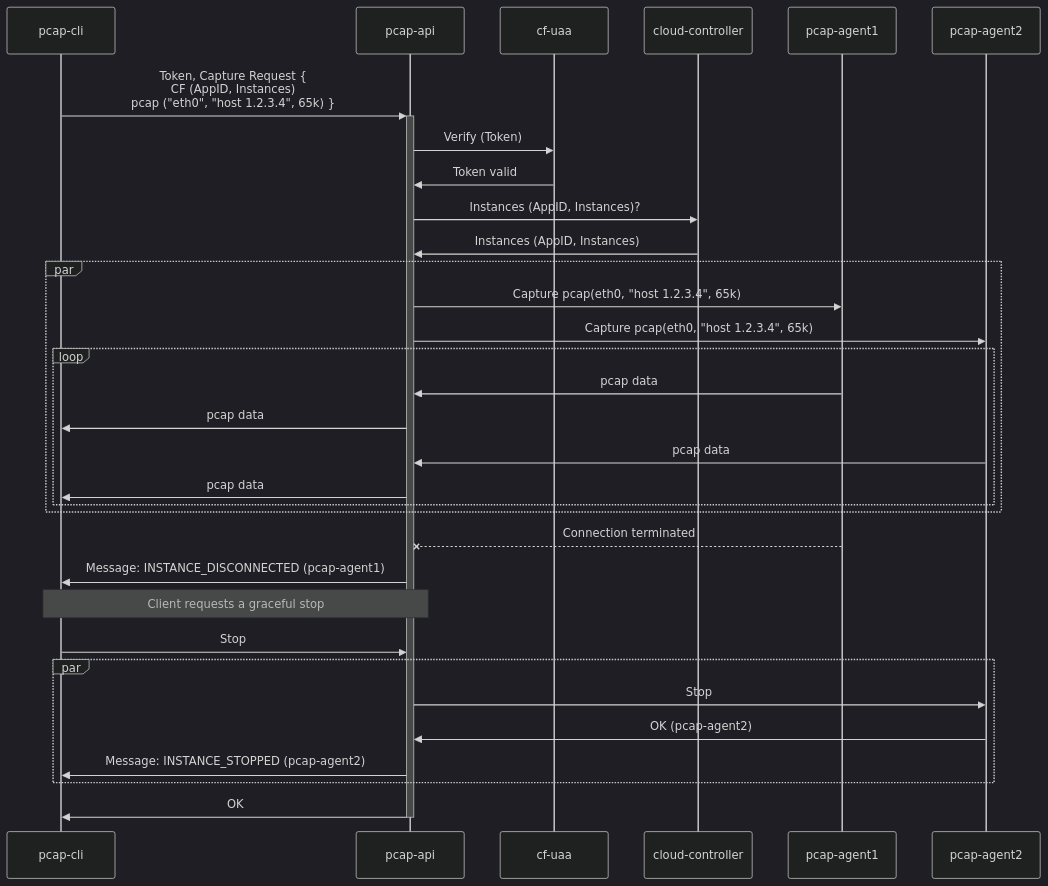
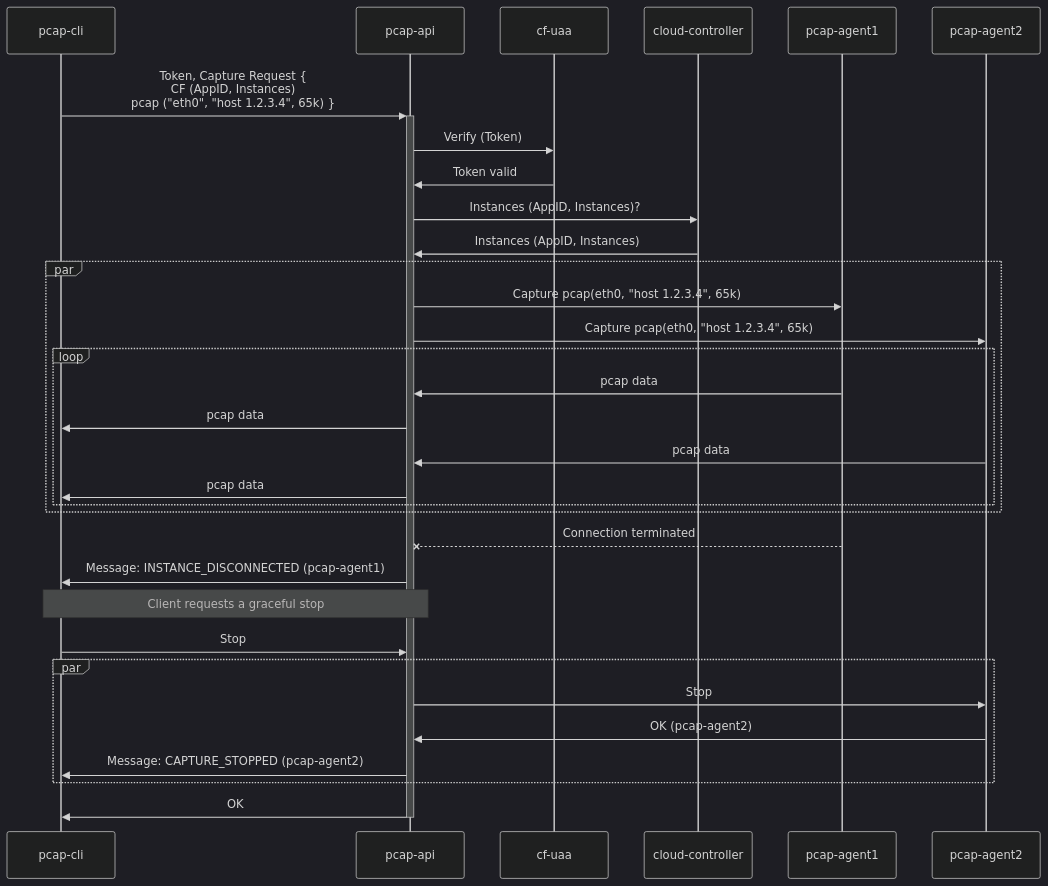
The ninth of 21 diagrams in docs/api-communication-spec.md (cloudfoundry/pcap-release), drawn with Mermaid (dark theme) before and after one commit. The commit also changed other lines of this file, not shown here.

Commit message:
docs(api): Rename `INSTANCE_STOPPED` to `CAPTURE_STOPPED`

````diff
--- a/docs/api-communication-spec.md
+++ b/docs/api-communication-spec.md
@@ -517,30 +515,30 @@
 ```mermaid
 sequenceDiagram
     pcap-cli ->>+ pcap-api: Token, Capture Request {<br/>CF (AppID, Instances)<br/>pcap ("eth0", "host 1.2.3.4", 65k) }
     pcap-api ->> cf-uaa: Verify (Token)
     cf-uaa ->> pcap-api: Token valid
     pcap-api ->> cloud-controller: Instances (AppID, Instances)?
     cloud-controller ->> pcap-api: Instances (AppID, Instances)
     par
         pcap-api ->> pcap-agent1: Capture pcap(eth0, "host 1.2.3.4", 65k)
         pcap-api ->> pcap-agent2: Capture pcap(eth0, "host 1.2.3.4", 65k)
         loop
             pcap-agent1 ->> pcap-api: pcap data
             pcap-api ->> pcap-cli: pcap data
             pcap-agent2 ->> pcap-api: pcap data
             pcap-api ->> pcap-cli: pcap data
         end
     end
     pcap-agent1 --X pcap-api: Connection terminated
     pcap-api ->> pcap-cli: Message: INSTANCE_DISCONNECTED (pcap-agent1)
     note over pcap-cli, pcap-api: Client requests a graceful stop
     pcap-cli ->> pcap-api: Stop
     par
         pcap-api ->> pcap-agent2: Stop
         pcap-agent2 ->> pcap-api: OK (pcap-agent2)
-        pcap-api ->> pcap-cli: Message: INSTANCE_STOPPED (pcap-agent2)
+        pcap-api ->> pcap-cli: Message: CAPTURE_STOPPED (pcap-agent2)
     end
 
     pcap-api ->>- pcap-cli: OK
     
 ```
````
